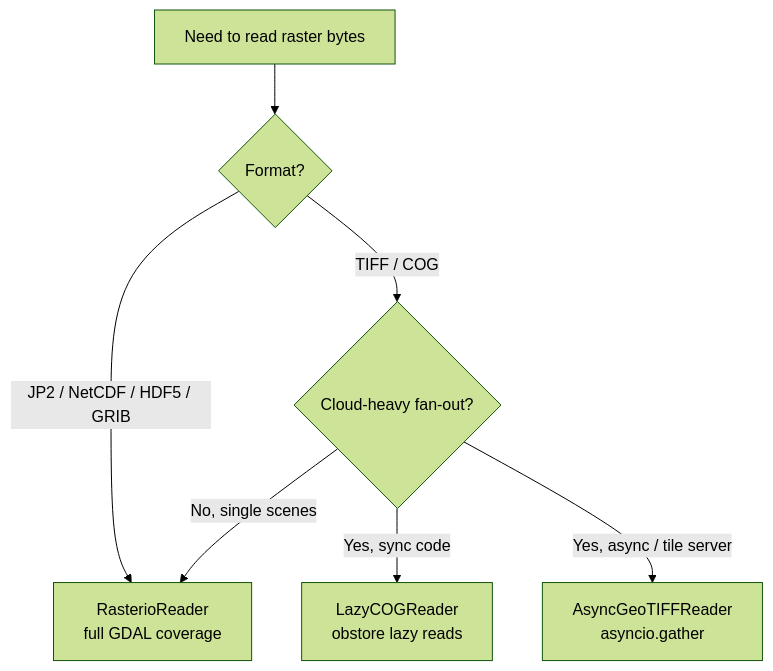
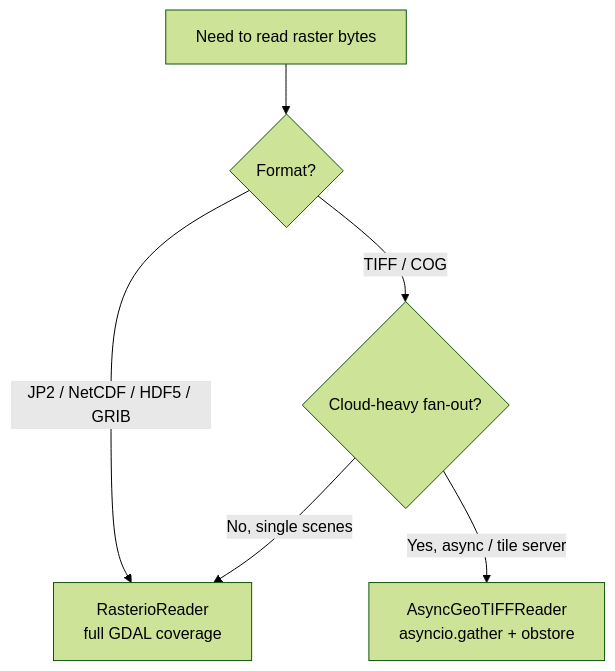
Before and after one commit to jejjohnson/research_notebook: the second of 2 diagrams in projects/geotoolz/plans/georeader/README.md, drawn with Mermaid (forest theme). The commit also changed other lines of this file and 18 other files, not shown here.

First line of the commit message:
docs(geotoolz): drop LazyCOGReader; thin async reader over async-geotiff + obspec (#57)

````diff
--- a/projects/geotoolz/plans/georeader/README.md
+++ b/projects/geotoolz/plans/georeader/README.md
@@ -93,9 +93,8 @@
 ```{mermaid}
 flowchart TD
     Need[Need to read raster bytes] --> Q1{Format?}
     Q1 -->|JP2 / NetCDF / HDF5 / GRIB| RR[RasterioReader<br/>full GDAL coverage]
     Q1 -->|TIFF / COG| Q2{Cloud-heavy fan-out?}
     Q2 -->|No, single scenes| RR
-    Q2 -->|Yes, sync code| LC[LazyCOGReader<br/>obstore lazy reads]
-    Q2 -->|Yes, async / tile server| AG[AsyncGeoTIFFReader<br/>asyncio.gather]
+    Q2 -->|Yes, async / tile server| AG[AsyncGeoTIFFReader<br/>asyncio.gather + obstore]
 ```
````
